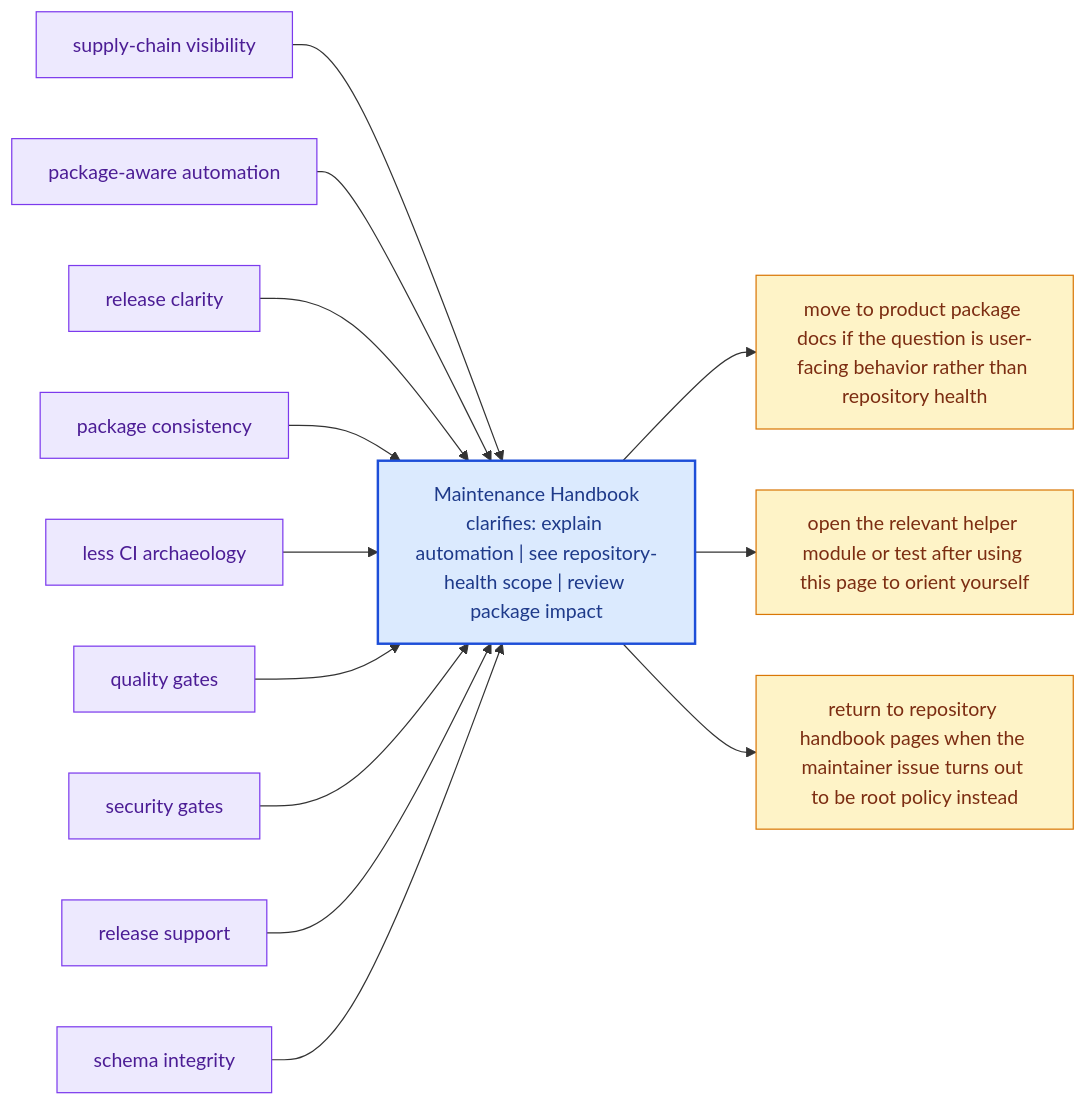
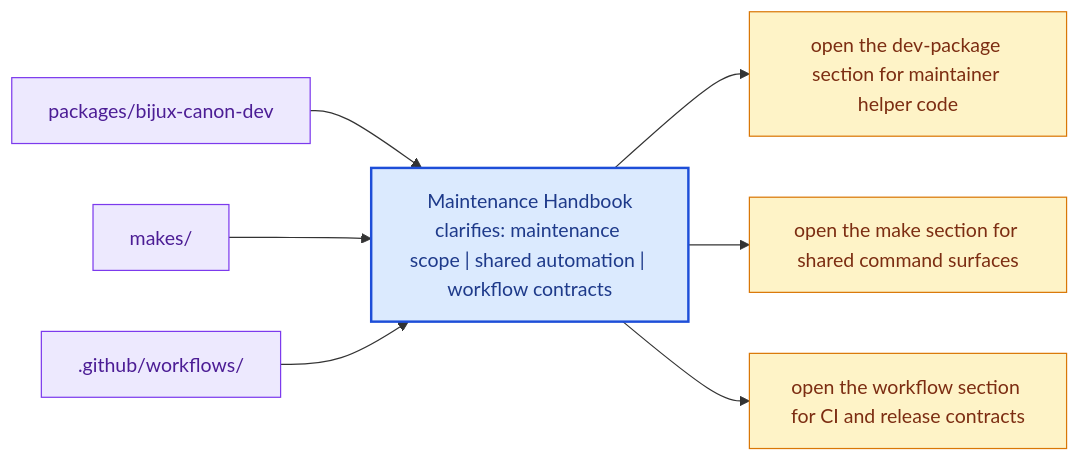
One commit to bijux/bijux-canon changed the diagram in docs/bijux-canon-maintain/index.md. Above: the diagram before and after it, drawn with Mermaid. The commit also changed other lines of this file and 12 other files, not shown here.

Commit message:
docs(maintain): add dev package handbook section

````diff
--- a/docs/bijux-canon-maintain/index.md
+++ b/docs/bijux-canon-maintain/index.md
@@ -24,36 +28,23 @@
 ```mermaid
 flowchart LR
-    page["Maintenance Handbook<br/>clarifies: explain automation | see repository-health scope | review package impact"]
+    page["Maintenance Handbook<br/>clarifies: maintenance scope | shared automation | workflow contracts"]
     classDef page fill:#dbeafe,stroke:#1d4ed8,color:#1e3a8a,stroke-width:2px;
     classDef positive fill:#dcfce7,stroke:#16a34a,color:#14532d;
-    classDef caution fill:#fee2e2,stroke:#dc2626,color:#7f1d1d;
     classDef anchor fill:#ede9fe,stroke:#7c3aed,color:#4c1d95;
     classDef action fill:#fef3c7,stroke:#d97706,color:#7c2d12;
-    detail1["supply-chain visibility"]
-    detail1 --> page
-    detail2["package-aware automation"]
-    detail2 --> page
-    detail3["release clarity"]
-    detail3 --> page
-    detail4["package consistency"]
-    detail4 --> page
-    detail5["less CI archaeology"]
-    detail5 --> page
-    detail6["quality gates"]
-    detail6 --> page
-    detail7["security gates"]
-    detail7 --> page
-    detail8["release support"]
-    detail8 --> page
-    detail9["schema integrity"]
-    detail9 --> page
-    next1["move to product package docs if the question is user-facing behavior rather than repository health"]
+    anchor1["packages/bijux-canon-dev"]
+    anchor2["makes/"]
+    anchor3[".github/workflows/"]
+    anchor1 --> page
+    anchor2 --> page
+    anchor3 --> page
+    next1["open the dev-package section for maintainer helper code"]
+    next2["open the make section for shared command surfaces"]
+    next3["open the workflow section for CI and release contracts"]
     page --> next1
-    next2["open the relevant helper module or test after using this page to orient yourself"]
     page --> next2
-    next3["return to repository handbook pages when the maintainer issue turns out to be root policy instead"]
     page --> next3
     class page page;
-    class detail1,detail2,detail3,detail4,detail5,detail6,detail7,detail8,detail9 anchor;
+    class anchor1,anchor2,anchor3 anchor;
     class next1,next2,next3 action;
 ```
````
